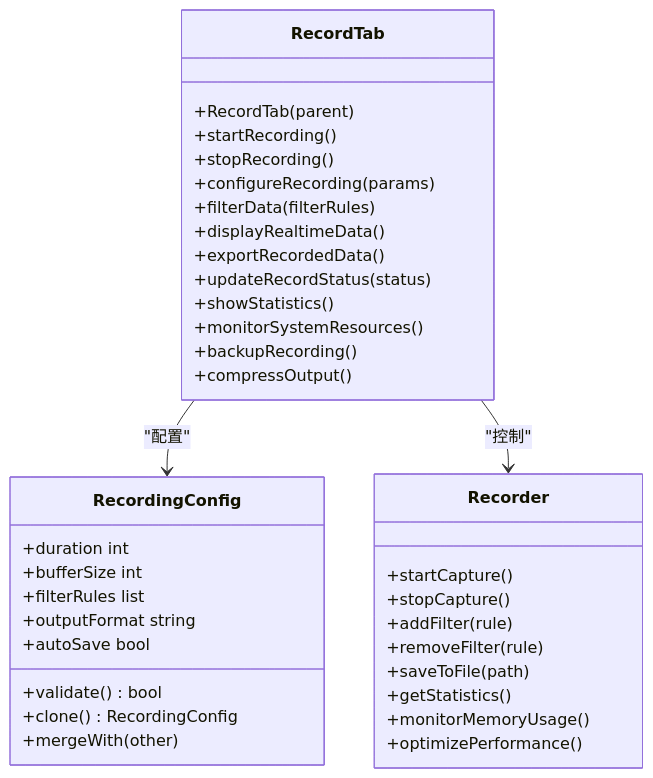
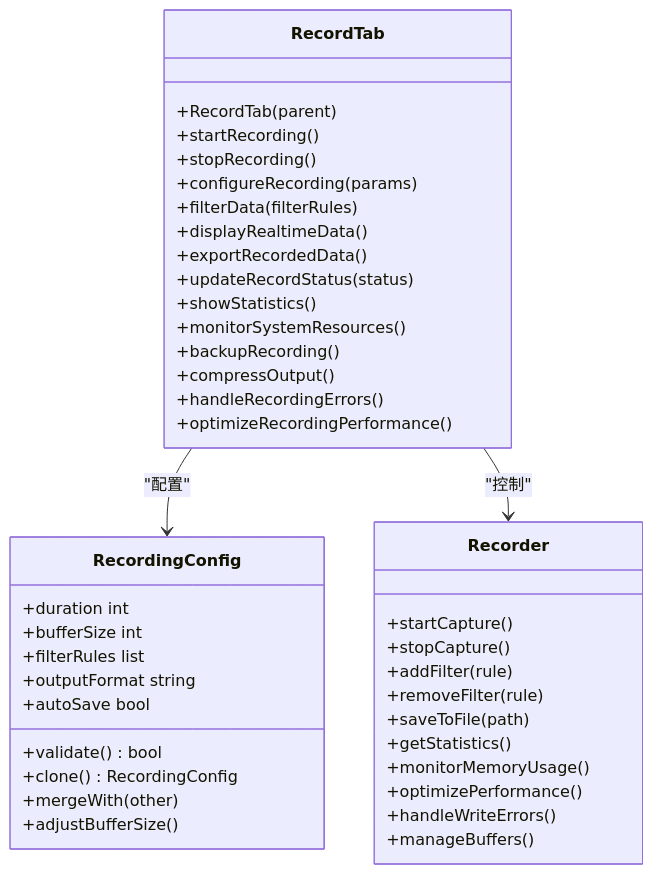
Diagram 13 of 15 in .qoder/repowiki/zh/content/架构设计/UI系统设计/UI系统设计.md (jakecai1225-design/OpenBus), drawn with Mermaid before and after one commit. The commit also changed other lines of this file and 15 other files, not shown here.

Commit message:
分离试图 拓扑图

````diff
--- a/.qoder/repowiki/zh/content/架构设计/UI系统设计/UI系统设计.md
+++ b/.qoder/repowiki/zh/content/架构设计/UI系统设计/UI系统设计.md
@@ -828,39 +871,44 @@
 ```mermaid
 classDiagram
 class RecordTab {
 +RecordTab(parent)
 +startRecording()
 +stopRecording()
 +configureRecording(params)
 +filterData(filterRules)
 +displayRealtimeData()
 +exportRecordedData()
 +updateRecordStatus(status)
 +showStatistics()
 +monitorSystemResources()
 +backupRecording()
 +compressOutput()
++handleRecordingErrors()
++optimizeRecordingPerformance()
 }
 class RecordingConfig {
 +duration int
 +bufferSize int
 +filterRules list
 +outputFormat string
 +autoSave bool
 +validate() bool
 +clone() RecordingConfig
 +mergeWith(other)
++adjustBufferSize()
 }
 class Recorder {
 +startCapture()
 +stopCapture()
 +addFilter(rule)
 +removeFilter(rule)
 +saveToFile(path)
 +getStatistics()
 +monitorMemoryUsage()
 +optimizePerformance()
++handleWriteErrors()
++manageBuffers()
 }
 RecordTab --> RecordingConfig : "配置"
 RecordTab --> Recorder : "控制"
 ```
````
